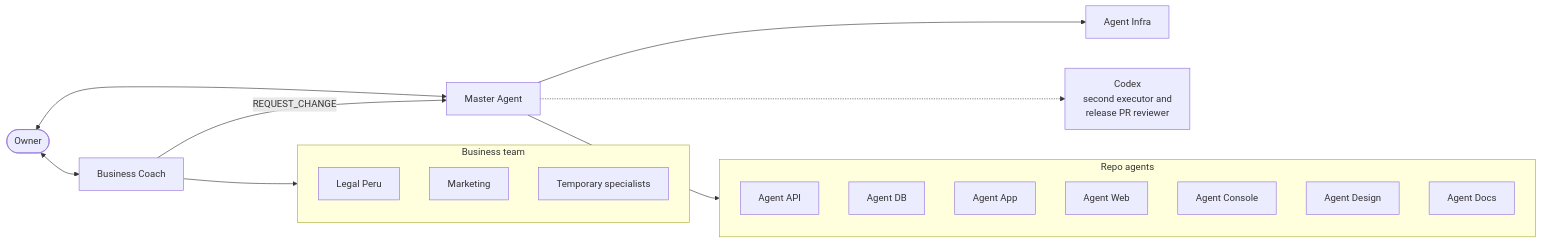
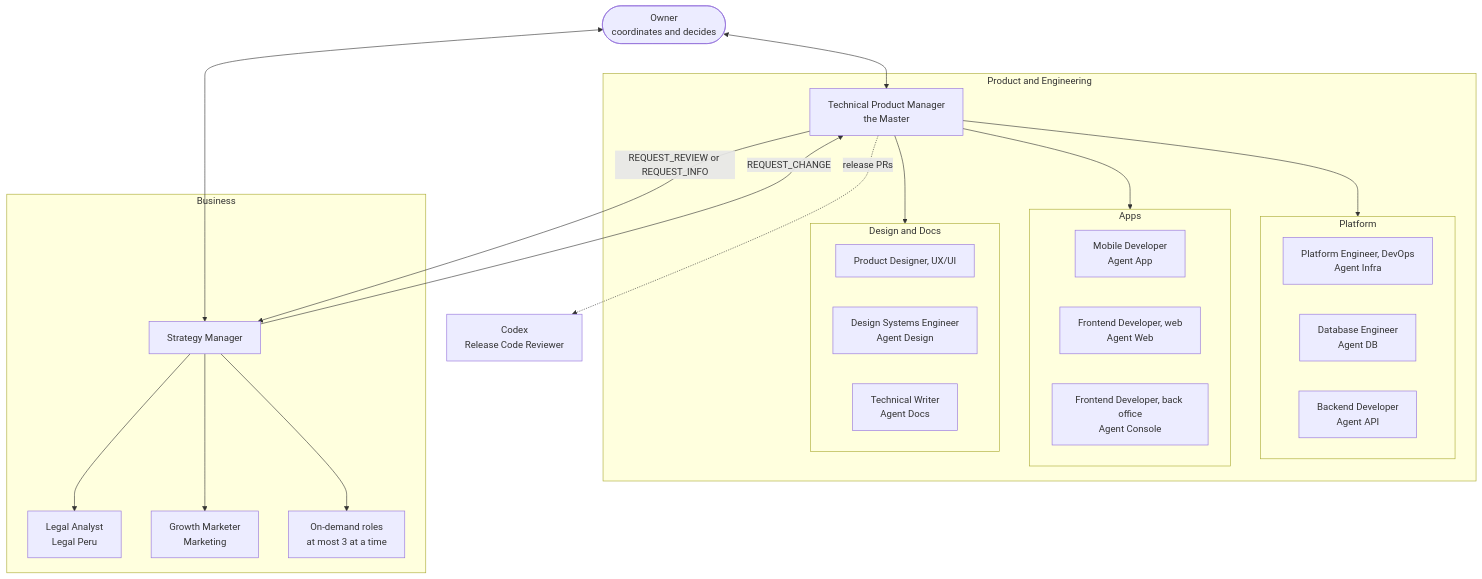
The diagram in docs/framework/overview.md (Gelpy/gelpy), drawn with Mermaid before and after one commit. The commit also changed other lines of this file and 14 other files, not shown here.

First line of the commit message:
docs(framework): the startup organization with office roles and a Product Designer (#33)

````diff
--- a/docs/framework/overview.md
+++ b/docs/framework/overview.md
@@ -32,32 +34,44 @@
 ```mermaid
-flowchart LR
-  owner([Owner])
-  master[Master Agent]
-  coach[Business Coach]
-  infra[Agent Infra]
-  codex[Codex<br/>second executor and<br/>release PR reviewer]
+flowchart TB
+  owner([Owner<br/>coordinates and decides])
 
-  subgraph repos[Repo agents]
-    api[Agent API]
-    db[Agent DB]
-    app[Agent App]
-    web[Agent Web]
-    console[Agent Console]
-    design[Agent Design]
-    docs[Agent Docs]
+  subgraph product[Product and Engineering]
+    tpm[Technical Product Manager<br/>the Master]
+    subgraph platform[Platform]
+      infra[Platform Engineer, DevOps<br/>Agent Infra]
+      db[Database Engineer<br/>Agent DB]
+      api[Backend Developer<br/>Agent API]
+    end
+    subgraph apps[Apps]
+      app[Mobile Developer<br/>Agent App]
+      web[Frontend Developer, web<br/>Agent Web]
+      console[Frontend Developer, back office<br/>Agent Console]
+    end
+    subgraph designdocs[Design and Docs]
+      ux[Product Designer, UX/UI]
+      design[Design Systems Engineer<br/>Agent Design]
+      docs[Technical Writer<br/>Agent Docs]
+    end
   end
 
-  subgraph team[Business team]
-    legal[Legal Peru]
-    marketing[Marketing]
-    temp[Temporary specialists]
+  subgraph business[Business]
+    sm[Strategy Manager]
+    legal[Legal Analyst<br/>Legal Peru]
+    marketing[Growth Marketer<br/>Marketing]
+    temp[On-demand roles<br/>at most 3 at a time]
   end
 
-  owner <--> master
-  owner <--> coach
-  master --> infra
-  master --> repos
-  master -.-> codex
-  coach --> team
-  coach -->|REQUEST_CHANGE| master
+  codex[Codex<br/>Release Code Reviewer]
+
+  owner <--> tpm
+  owner <--> sm
+  tpm --> platform
+  tpm --> apps
+  tpm --> designdocs
+  tpm -.->|release PRs| codex
+  sm --> legal
+  sm --> marketing
+  sm --> temp
+  sm -->|REQUEST_CHANGE| tpm
+  tpm -->|REQUEST_REVIEW or REQUEST_INFO| sm
 ```
````
